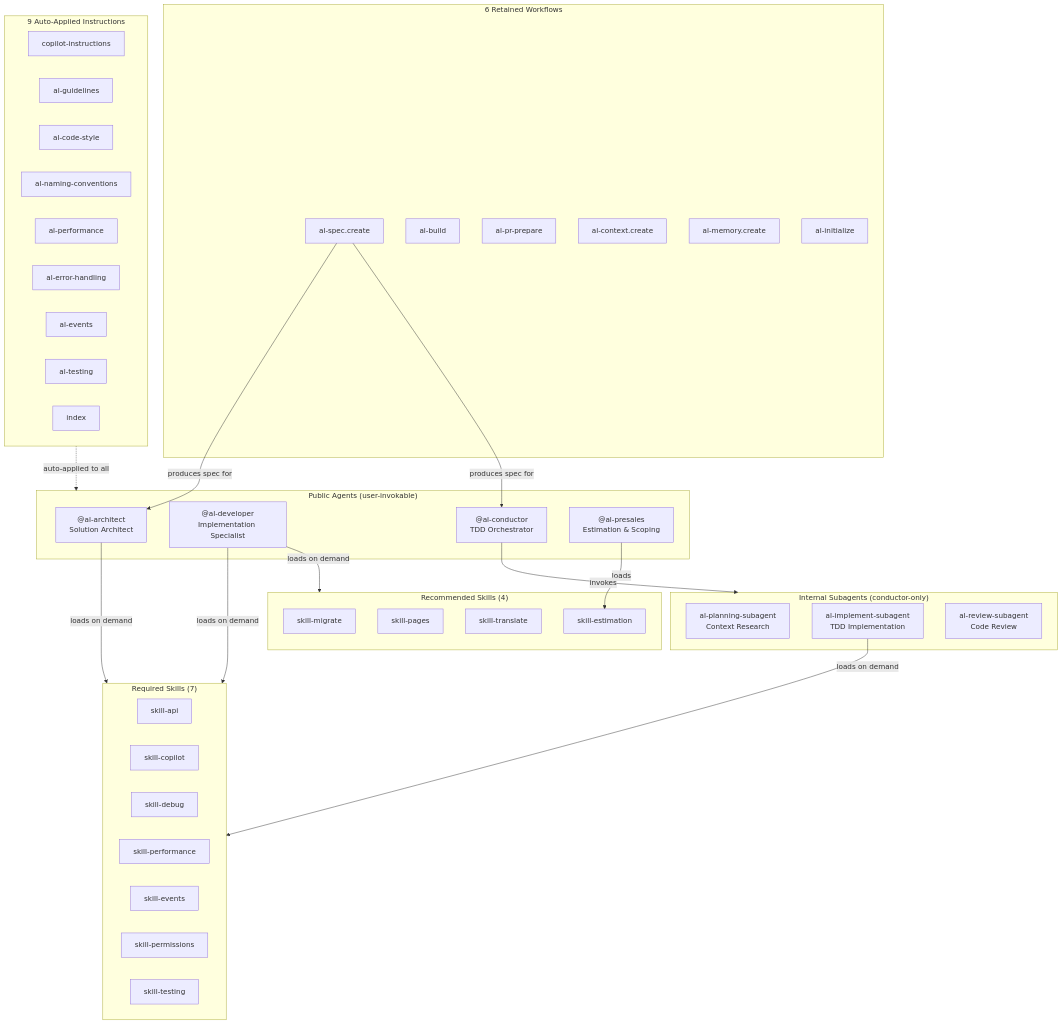
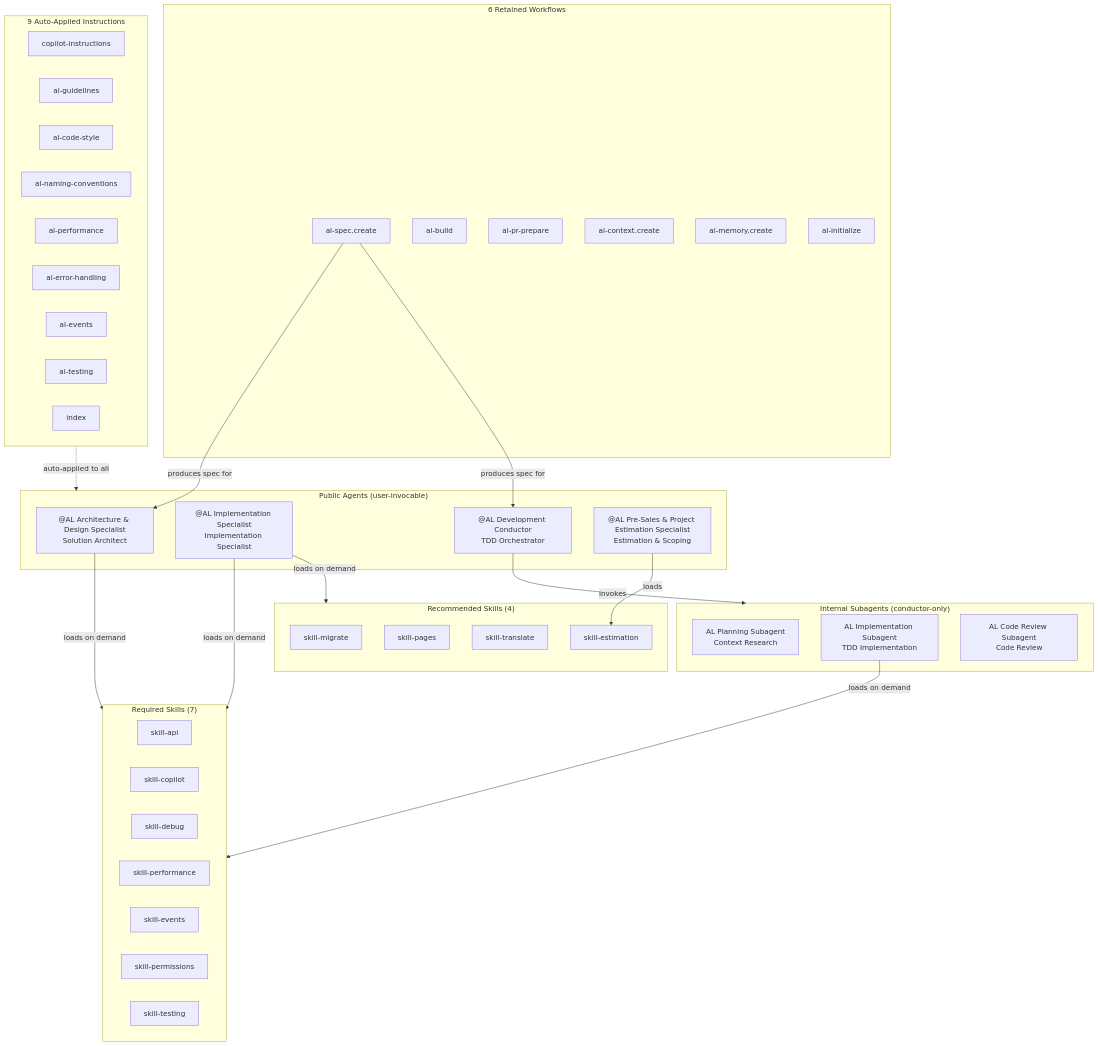
One commit to LFernandezDynavics/AL-Development-Collection-for-GitHub-Copilot changed the first of 4 diagrams in docs/framework/ALDC-Architecture-Diagrams.md. Above: the diagram before and after it, drawn with Mermaid. The commit also changed other lines of this file and 61 other files, not shown here.

````diff
--- a/docs/framework/ALDC-Architecture-Diagrams.md
+++ b/docs/framework/ALDC-Architecture-Diagrams.md
@@ -11,64 +11,64 @@
 ```mermaid
 graph TB
-    subgraph PUBLIC["Public Agents (user-invokable)"]
-        ARCH["@al-architect\nSolution Architect"]
-        DEV["@al-developer\nImplementation Specialist"]
-        COND["@al-conductor\nTDD Orchestrator"]
-        PRE["@al-presales\nEstimation & Scoping"]
+    subgraph PUBLIC["Public Agents (user-invocable)"]
+        ARCH["@AL Architecture & Design Specialist\nSolution Architect"]
+        DEV["@AL Implementation Specialist\nImplementation Specialist"]
+        COND["@AL Development Conductor\nTDD Orchestrator"]
+        PRE["@AL Pre-Sales & Project Estimation Specialist\nEstimation & Scoping"]
     end
 
     subgraph INTERNAL["Internal Subagents (conductor-only)"]
-        PLAN["al-planning-subagent\nContext Research"]
-        IMPL["al-implement-subagent\nTDD Implementation"]
-        REV["al-review-subagent\nCode Review"]
+        PLAN["AL Planning Subagent\nContext Research"]
+        IMPL["AL Implementation Subagent\nTDD Implementation"]
+        REV["AL Code Review Subagent\nCode Review"]
     end
 
     subgraph SKILLS_REQ["Required Skills (7)"]
         SK1[skill-api]
         SK2[skill-copilot]
         SK3[skill-debug]
         SK4[skill-performance]
         SK5[skill-events]
         SK6[skill-permissions]
         SK7[skill-testing]
     end
 
     subgraph SKILLS_REC["Recommended Skills (4)"]
         SK8[skill-migrate]
         SK9[skill-pages]
         SK10[skill-translate]
         SK11[skill-estimation]
     end
 
     subgraph WORKFLOWS["6 Retained Workflows"]
         W1[al-spec.create]
         W2[al-build]
         W3[al-pr-prepare]
         W4[al-context.create]
         W5[al-memory.create]
         W6[al-initialize]
     end
 
     subgraph INSTRUCTIONS["9 Auto-Applied Instructions"]
         I1[copilot-instructions]
         I2[al-guidelines]
         I3[al-code-style]
         I4[al-naming-conventions]
         I5[al-performance]
         I6[al-error-handling]
         I7[al-events]
         I8[al-testing]
         I9[index]
     end
 
     ARCH -->|loads on demand| SKILLS_REQ
     DEV -->|loads on demand| SKILLS_REQ
     DEV -->|loads on demand| SKILLS_REC
     PRE -->|loads| SK11
     COND -->|invokes| INTERNAL
     IMPL -->|loads on demand| SKILLS_REQ
 
     W1 -->|produces spec for| ARCH
     W1 -->|produces spec for| COND
     INSTRUCTIONS -.->|auto-applied to all| PUBLIC
 ```
````
